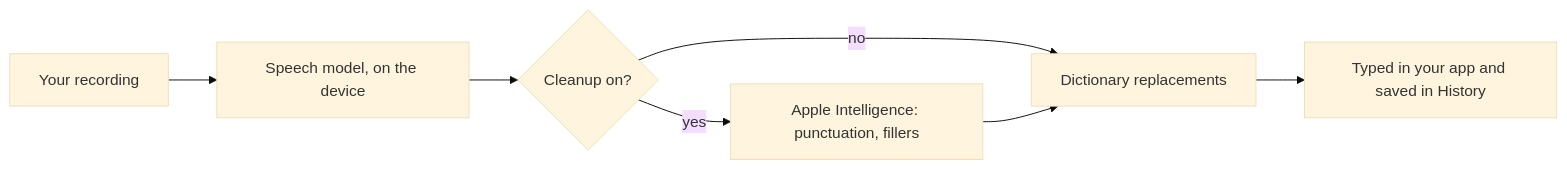
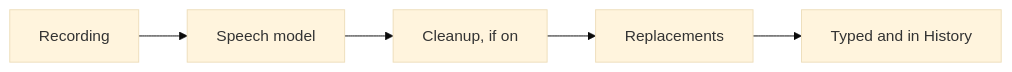
One commit to lucharo/voice2text changed the second of 2 diagrams in docs/iphone.md. Above: the diagram before and after it, drawn with Mermaid (base theme). The commit also changed other lines of this file and 6 other files, not shown here.

````diff
--- a/docs/iphone.md
+++ b/docs/iphone.md
@@ -105,9 +116,4 @@
 ```mermaid
 flowchart LR
-    R[Your recording] --> S[Speech model, on the device]
-    S --> C{Cleanup on?}
-    C -- yes --> AI[Apple Intelligence: punctuation, fillers]
-    C -- no --> D
-    AI --> D[Dictionary replacements]
-    D --> T[Typed in your app and saved in History]
+    R[Recording] --> S[Speech model] --> C[Cleanup, if on] --> D[Replacements] --> T[Typed and in History]
 ```
````
